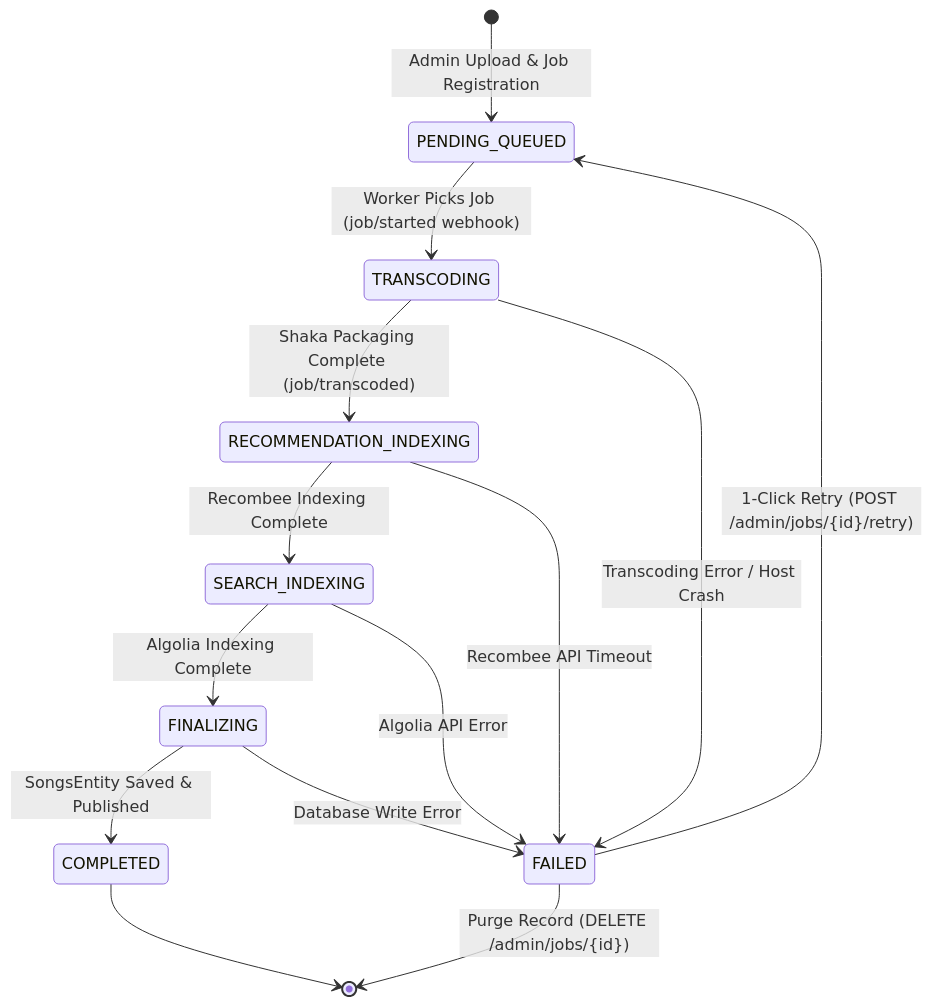
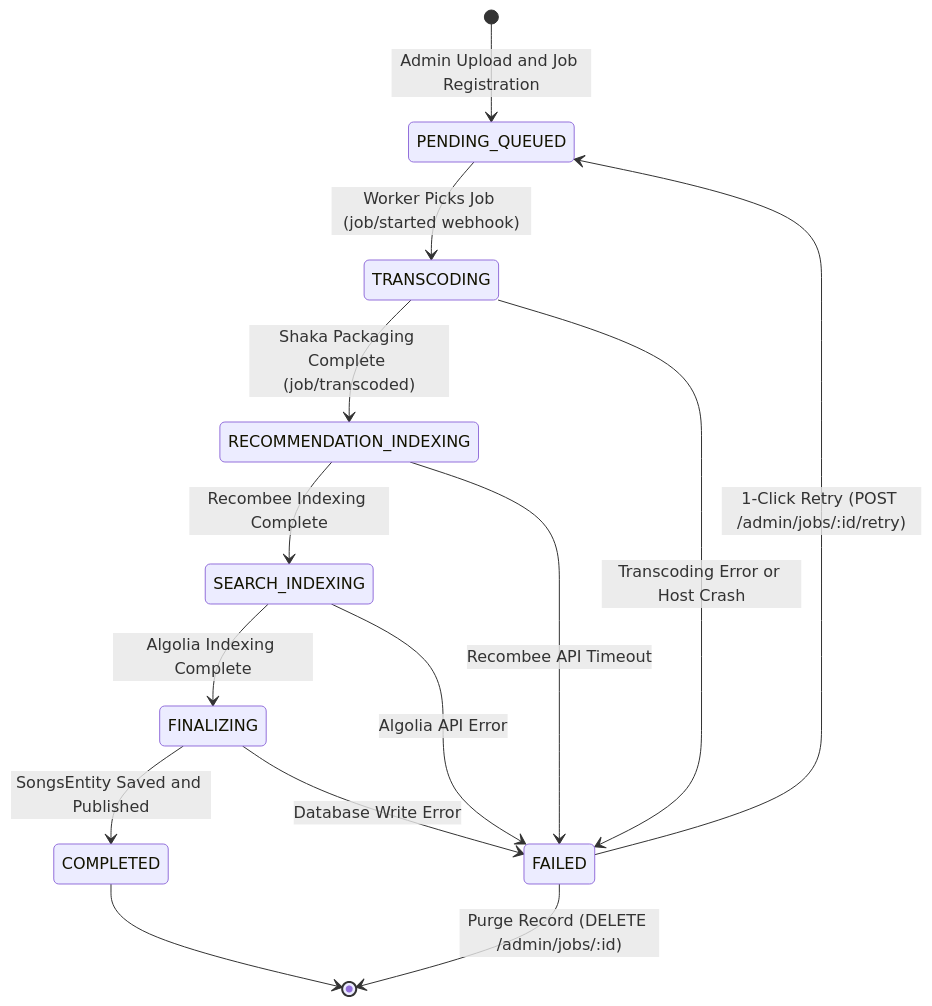
One commit to karankumar786786/AudioMelodySpringboot changed diagram 13 of 15 in README.md. Above: the diagram before and after it, drawn with Mermaid. The commit also changed other lines of this file, not shown here.

Commit message:
docs: fix invalid Mermaid diagram syntax across README.md

````diff
--- a/README.md
+++ b/README.md
@@ -975,18 +975,18 @@
 ```mermaid
 stateDiagram-v2
-    [*] --> PENDING_QUEUED: Admin Upload & Job Registration
+    [*] --> PENDING_QUEUED: Admin Upload and Job Registration
     PENDING_QUEUED --> TRANSCODING: Worker Picks Job (job/started webhook)
     TRANSCODING --> RECOMMENDATION_INDEXING: Shaka Packaging Complete (job/transcoded)
     RECOMMENDATION_INDEXING --> SEARCH_INDEXING: Recombee Indexing Complete
     SEARCH_INDEXING --> FINALIZING: Algolia Indexing Complete
-    FINALIZING --> COMPLETED: SongsEntity Saved & Published
+    FINALIZING --> COMPLETED: SongsEntity Saved and Published
     
-    TRANSCODING --> FAILED: Transcoding Error / Host Crash
+    TRANSCODING --> FAILED: Transcoding Error or Host Crash
     RECOMMENDATION_INDEXING --> FAILED: Recombee API Timeout
     SEARCH_INDEXING --> FAILED: Algolia API Error
     FINALIZING --> FAILED: Database Write Error
     
-    FAILED --> PENDING_QUEUED: 1-Click Retry (POST /admin/jobs/{id}/retry)
-    FAILED --> [*]: Purge Record (DELETE /admin/jobs/{id})
+    FAILED --> PENDING_QUEUED: 1-Click Retry (POST /admin/jobs/:id/retry)
+    FAILED --> [*]: Purge Record (DELETE /admin/jobs/:id)
     COMPLETED --> [*]
 ```
````
